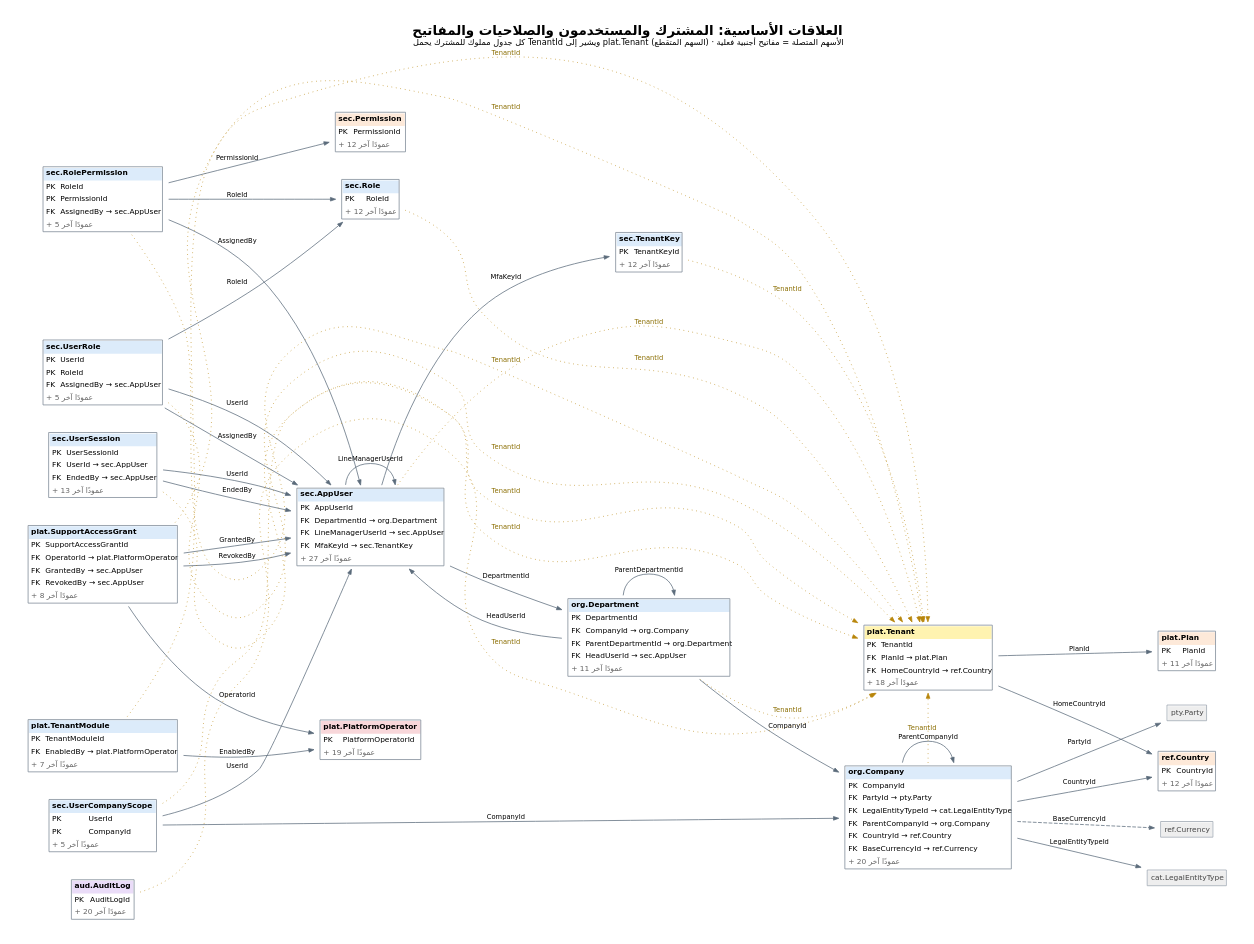
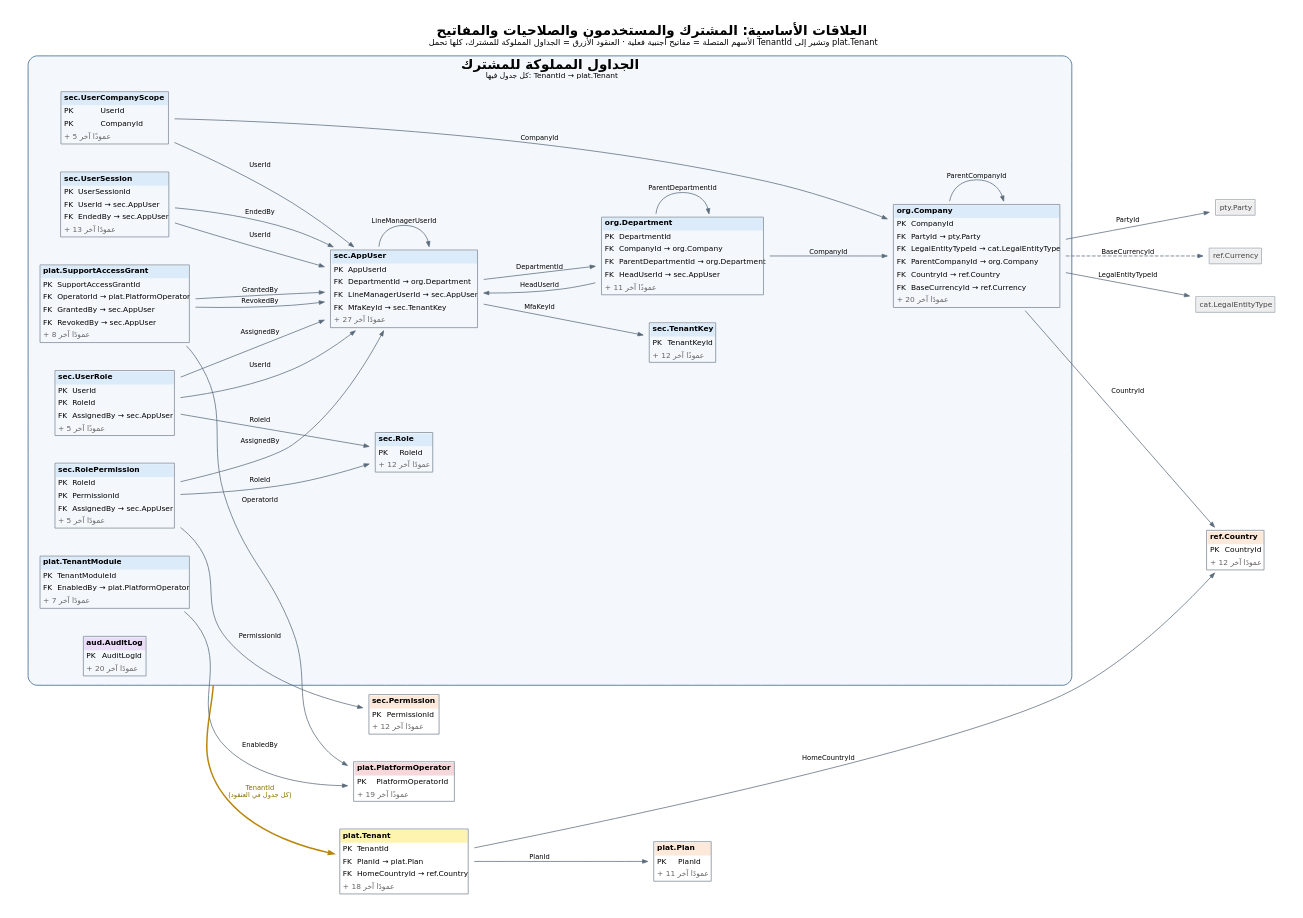
Before and after one commit to thawrasy/smartlines: the diagram in treasury-platform/docs/diagrams/src/erd_00_core_tenancy.dot, drawn with Graphviz. The commit also changed 4 other files, not shown here.

First line of the commit message:
Group tenant-owned tables in the core ERD and draw a single TenantId arrow to plat.Tenant

```diff
--- a/treasury-platform/docs/diagrams/src/erd_00_core_tenancy.dot
+++ b/treasury-platform/docs/diagrams/src/erd_00_core_tenancy.dot
@@ -1,23 +1,27 @@
 digraph G {
-  graph [fontname="DejaVu Sans", fontsize=18, label=<<B>العلاقات الأساسية: المشترك والمستخدمون والصلاحيات والمفاتيح</B><BR/><FONT POINT-SIZE="11">كل جدول مملوك للمشترك يحمل TenantId ويشير إلى plat.Tenant (السهم المتقطع) · الأسهم المتصلة = مفاتيح أجنبية فعلية</FONT>>, labelloc=t, rankdir=LR, nodesep=0.4, ranksep=1.2, pad=0.3, bgcolor="white", splines=true];
+  compound=true;
+  graph [fontname="DejaVu Sans", fontsize=18, label=<<B>العلاقات الأساسية: المشترك والمستخدمون والصلاحيات والمفاتيح</B><BR/><FONT POINT-SIZE="11">الأسهم المتصلة = مفاتيح أجنبية فعلية · العنقود الأزرق = الجداول المملوكة للمشترك، كلها تحمل TenantId وتشير إلى plat.Tenant</FONT>>, labelloc=t, rankdir=LR, nodesep=0.4, ranksep=1.2, pad=0.3, bgcolor="white", splines=true];
   node [shape=plaintext, fontname="DejaVu Sans", fontsize=10];
   edge [fontname="DejaVu Sans", fontsize=9, color="#5B6B7A", arrowsize=0.7];
+  subgraph cluster_owned {
+    label=<<B>الجداول المملوكة للمشترك</B><BR/><FONT POINT-SIZE="10">كل جدول فيها: TenantId → plat.Tenant</FONT>>; style="rounded,filled"; fillcolor="#F4F8FD"; color="#2B5C8A"; fontname="DejaVu Sans";
+    "plat.TenantModule" [label=<<TABLE BORDER="1" CELLBORDER="0" CELLSPACING="0" CELLPADDING="3" COLOR="#7A8794"><TR><TD BGCOLOR="#DCEBFA" ALIGN="LEFT" COLSPAN="2"><B>plat.TenantModule</B></TD></TR><TR><TD ALIGN="LEFT">PK</TD><TD ALIGN="LEFT">TenantModuleId</TD></TR><TR><TD ALIGN="LEFT">FK</TD><TD ALIGN="LEFT">EnabledBy → plat.PlatformOperator</TD></TR><TR><TD ALIGN="LEFT" COLSPAN="2"><FONT COLOR="#666666">+ 7 عمودًا آخر</FONT></TD></TR></TABLE>>];
+    "plat.SupportAccessGrant" [label=<<TABLE BORDER="1" CELLBORDER="0" CELLSPACING="0" CELLPADDING="3" COLOR="#7A8794"><TR><TD BGCOLOR="#DCEBFA" ALIGN="LEFT" COLSPAN="2"><B>plat.SupportAccessGrant</B></TD></TR><TR><TD ALIGN="LEFT">PK</TD><TD ALIGN="LEFT">SupportAccessGrantId</TD></TR><TR><TD ALIGN="LEFT">FK</TD><TD ALIGN="LEFT">OperatorId → plat.PlatformOperator</TD></TR><TR><TD ALIGN="LEFT">FK</TD><TD ALIGN="LEFT">GrantedBy → sec.AppUser</TD></TR><TR><TD ALIGN="LEFT">FK</TD><TD ALIGN="LEFT">RevokedBy → sec.AppUser</TD></TR><TR><TD ALIGN="LEFT" COLSPAN="2"><FONT COLOR="#666666">+ 8 عمودًا آخر</FONT></TD></TR></TABLE>>];
+    "sec.TenantKey" [label=<<TABLE BORDER="1" CELLBORDER="0" CELLSPACING="0" CELLPADDING="3" COLOR="#7A8794"><TR><TD BGCOLOR="#DCEBFA" ALIGN="LEFT" COLSPAN="2"><B>sec.TenantKey</B></TD></TR><TR><TD ALIGN="LEFT">PK</TD><TD ALIGN="LEFT">TenantKeyId</TD></TR><TR><TD ALIGN="LEFT" COLSPAN="2"><FONT COLOR="#666666">+ 12 عمودًا آخر</FONT></TD></TR></TABLE>>];
+    "sec.AppUser" [label=<<TABLE BORDER="1" CELLBORDER="0" CELLSPACING="0" CELLPADDING="3" COLOR="#7A8794"><TR><TD BGCOLOR="#DCEBFA" ALIGN="LEFT" COLSPAN="2"><B>sec.AppUser</B></TD></TR><TR><TD ALIGN="LEFT">PK</TD><TD ALIGN="LEFT">AppUserId</TD></TR><TR><TD ALIGN="LEFT">FK</TD><TD ALIGN="LEFT">DepartmentId → org.Department</TD></TR><TR><TD ALIGN="LEFT">FK</TD><TD ALIGN="LEFT">LineManagerUserId → sec.AppUser</TD></TR><TR><TD ALIGN="LEFT">FK</TD><TD ALIGN="LEFT">MfaKeyId → sec.TenantKey</TD></TR><TR><TD ALIGN="LEFT" COLSPAN="2"><FONT COLOR="#666666">+ 27 عمودًا آخر</FONT></TD></TR></TABLE>>];
+    "sec.Role" [label=<<TABLE BORDER="1" CELLBORDER="0" CELLSPACING="0" CELLPADDING="3" COLOR="#7A8794"><TR><TD BGCOLOR="#DCEBFA" ALIGN="LEFT" COLSPAN="2"><B>sec.Role</B></TD></TR><TR><TD ALIGN="LEFT">PK</TD><TD ALIGN="LEFT">RoleId</TD></TR><TR><TD ALIGN="LEFT" COLSPAN="2"><FONT COLOR="#666666">+ 12 عمودًا آخر</FONT></TD></TR></TABLE>>];
+    "sec.RolePermission" [label=<<TABLE BORDER="1" CELLBORDER="0" CELLSPACING="0" CELLPADDING="3" COLOR="#7A8794"><TR><TD BGCOLOR="#DCEBFA" ALIGN="LEFT" COLSPAN="2"><B>sec.RolePermission</B></TD></TR><TR><TD ALIGN="LEFT">PK</TD><TD ALIGN="LEFT">RoleId</TD></TR><TR><TD ALIGN="LEFT">PK</TD><TD ALIGN="LEFT">PermissionId</TD></TR><TR><TD ALIGN="LEFT">FK</TD><TD ALIGN="LEFT">AssignedBy → sec.AppUser</TD></TR><TR><TD ALIGN="LEFT" COLSPAN="2"><FONT COLOR="#666666">+ 5 عمودًا آخر</FONT></TD></TR></TABLE>>];
+    "sec.UserRole" [label=<<TABLE BORDER="1" CELLBORDER="0" CELLSPACING="0" CELLPADDING="3" COLOR="#7A8794"><TR><TD BGCOLOR="#DCEBFA" ALIGN="LEFT" COLSPAN="2"><B>sec.UserRole</B></TD></TR><TR><TD ALIGN="LEFT">PK</TD><TD ALIGN="LEFT">UserId</TD></TR><TR><TD ALIGN="LEFT">PK</TD><TD ALIGN="LEFT">RoleId</TD></TR><TR><TD ALIGN="LEFT">FK</TD><TD ALIGN="LEFT">AssignedBy → sec.AppUser</TD></TR><TR><TD ALIGN="LEFT" COLSPAN="2"><FONT COLOR="#666666">+ 5 عمودًا آخر</FONT></TD></TR></TABLE>>];
+    "sec.UserCompanyScope" [label=<<TABLE BORDER="1" CELLBORDER="0" CELLSPACING="0" CELLPADDING="3" COLOR="#7A8794"><TR><TD BGCOLOR="#DCEBFA" ALIGN="LEFT" COLSPAN="2"><B>sec.UserCompanyScope</B></TD></TR><TR><TD ALIGN="LEFT">PK</TD><TD ALIGN="LEFT">UserId</TD></TR><TR><TD ALIGN="LEFT">PK</TD><TD ALIGN="LEFT">CompanyId</TD></TR><TR><TD ALIGN="LEFT" COLSPAN="2"><FONT COLOR="#666666">+ 5 عمودًا آخر</FONT></TD></TR></TABLE>>];
+    "sec.UserSession" [label=<<TABLE BORDER="1" CELLBORDER="0" CELLSPACING="0" CELLPADDING="3" COLOR="#7A8794"><TR><TD BGCOLOR="#DCEBFA" ALIGN="LEFT" COLSPAN="2"><B>sec.UserSession</B></TD></TR><TR><TD ALIGN="LEFT">PK</TD><TD ALIGN="LEFT">UserSessionId</TD></TR><TR><TD ALIGN="LEFT">FK</TD><TD ALIGN="LEFT">UserId → sec.AppUser</TD></TR><TR><TD ALIGN="LEFT">FK</TD><TD ALIGN="LEFT">EndedBy → sec.AppUser</TD></TR><TR><TD ALIGN="LEFT" COLSPAN="2"><FONT COLOR="#666666">+ 13 عمودًا آخر</FONT></TD></TR></TABLE>>];
+    "org.Company" [label=<<TABLE BORDER="1" CELLBORDER="0" CELLSPACING="0" CELLPADDING="3" COLOR="#7A8794"><TR><TD BGCOLOR="#DCEBFA" ALIGN="LEFT" COLSPAN="2"><B>org.Company</B></TD></TR><TR><TD ALIGN="LEFT">PK</TD><TD ALIGN="LEFT">CompanyId</TD></TR><TR><TD ALIGN="LEFT">FK</TD><TD ALIGN="LEFT">PartyId → pty.Party</TD></TR><TR><TD ALIGN="LEFT">FK</TD><TD ALIGN="LEFT">LegalEntityTypeId → cat.LegalEntityType</TD></TR><TR><TD ALIGN="LEFT">FK</TD><TD ALIGN="LEFT">ParentCompanyId → org.Company</TD></TR><TR><TD ALIGN="LEFT">FK</TD><TD ALIGN="LEFT">CountryId → ref.Country</TD></TR><TR><TD ALIGN="LEFT">FK</TD><TD ALIGN="LEFT">BaseCurrencyId → ref.Currency</TD></TR><TR><TD ALIGN="LEFT" COLSPAN="2"><FONT COLOR="#666666">+ 20 عمودًا آخر</FONT></TD></TR></TABLE>>];
+    "org.Department" [label=<<TABLE BORDER="1" CELLBORDER="0" CELLSPACING="0" CELLPADDING="3" COLOR="#7A8794"><TR><TD BGCOLOR="#DCEBFA" ALIGN="LEFT" COLSPAN="2"><B>org.Department</B></TD></TR><TR><TD ALIGN="LEFT">PK</TD><TD ALIGN="LEFT">DepartmentId</TD></TR><TR><TD ALIGN="LEFT">FK</TD><TD ALIGN="LEFT">CompanyId → org.Company</TD></TR><TR><TD ALIGN="LEFT">FK</TD><TD ALIGN="LEFT">ParentDepartmentId → org.Department</TD></TR><TR><TD ALIGN="LEFT">FK</TD><TD ALIGN="LEFT">HeadUserId → sec.AppUser</TD></TR><TR><TD ALIGN="LEFT" COLSPAN="2"><FONT COLOR="#666666">+ 11 عمودًا آخر</FONT></TD></TR></TABLE>>];
+    "aud.AuditLog" [label=<<TABLE BORDER="1" CELLBORDER="0" CELLSPACING="0" CELLPADDING="3" COLOR="#7A8794"><TR><TD BGCOLOR="#EADCF8" ALIGN="LEFT" COLSPAN="2"><B>aud.AuditLog</B></TD></TR><TR><TD ALIGN="LEFT">PK</TD><TD ALIGN="LEFT">AuditLogId</TD></TR><TR><TD ALIGN="LEFT" COLSPAN="2"><FONT COLOR="#666666">+ 20 عمودًا آخر</FONT></TD></TR></TABLE>>];
+  }
   "plat.Tenant" [label=<<TABLE BORDER="1" CELLBORDER="0" CELLSPACING="0" CELLPADDING="3" COLOR="#7A8794"><TR><TD BGCOLOR="#FFF3B0" ALIGN="LEFT" COLSPAN="2"><B>plat.Tenant</B></TD></TR><TR><TD ALIGN="LEFT">PK</TD><TD ALIGN="LEFT">TenantId</TD></TR><TR><TD ALIGN="LEFT">FK</TD><TD ALIGN="LEFT">PlanId → plat.Plan</TD></TR><TR><TD ALIGN="LEFT">FK</TD><TD ALIGN="LEFT">HomeCountryId → ref.Country</TD></TR><TR><TD ALIGN="LEFT" COLSPAN="2"><FONT COLOR="#666666">+ 18 عمودًا آخر</FONT></TD></TR></TABLE>>];
   "plat.Plan" [label=<<TABLE BORDER="1" CELLBORDER="0" CELLSPACING="0" CELLPADDING="3" COLOR="#7A8794"><TR><TD BGCOLOR="#FDE9D9" ALIGN="LEFT" COLSPAN="2"><B>plat.Plan</B></TD></TR><TR><TD ALIGN="LEFT">PK</TD><TD ALIGN="LEFT">PlanId</TD></TR><TR><TD ALIGN="LEFT" COLSPAN="2"><FONT COLOR="#666666">+ 11 عمودًا آخر</FONT></TD></TR></TABLE>>];
-  "plat.TenantModule" [label=<<TABLE BORDER="1" CELLBORDER="0" CELLSPACING="0" CELLPADDING="3" COLOR="#7A8794"><TR><TD BGCOLOR="#DCEBFA" ALIGN="LEFT" COLSPAN="2"><B>plat.TenantModule</B></TD></TR><TR><TD ALIGN="LEFT">PK</TD><TD ALIGN="LEFT">TenantModuleId</TD></TR><TR><TD ALIGN="LEFT">FK</TD><TD ALIGN="LEFT">EnabledBy → plat.PlatformOperator</TD></TR><TR><TD ALIGN="LEFT" COLSPAN="2"><FONT COLOR="#666666">+ 7 عمودًا آخر</FONT></TD></TR></TABLE>>];
-  "plat.SupportAccessGrant" [label=<<TABLE BORDER="1" CELLBORDER="0" CELLSPACING="0" CELLPADDING="3" COLOR="#7A8794"><TR><TD BGCOLOR="#DCEBFA" ALIGN="LEFT" COLSPAN="2"><B>plat.SupportAccessGrant</B></TD></TR><TR><TD ALIGN="LEFT">PK</TD><TD ALIGN="LEFT">SupportAccessGrantId</TD></TR><TR><TD ALIGN="LEFT">FK</TD><TD ALIGN="LEFT">OperatorId → plat.PlatformOperator</TD></TR><TR><TD ALIGN="LEFT">FK</TD><TD ALIGN="LEFT">GrantedBy → sec.AppUser</TD></TR><TR><TD ALIGN="LEFT">FK</TD><TD ALIGN="LEFT">RevokedBy → sec.AppUser</TD></TR><TR><TD ALIGN="LEFT" COLSPAN="2"><FONT COLOR="#666666">+ 8 عمودًا آخر</FONT></TD></TR></TABLE>>];
   "plat.PlatformOperator" [label=<<TABLE BORDER="1" CELLBORDER="0" CELLSPACING="0" CELLPADDING="3" COLOR="#7A8794"><TR><TD BGCOLOR="#F8D7DA" ALIGN="LEFT" COLSPAN="2"><B>plat.PlatformOperator</B></TD></TR><TR><TD ALIGN="LEFT">PK</TD><TD ALIGN="LEFT">PlatformOperatorId</TD></TR><TR><TD ALIGN="LEFT" COLSPAN="2"><FONT COLOR="#666666">+ 19 عمودًا آخر</FONT></TD></TR></TABLE>>];
-  "sec.TenantKey" [label=<<TABLE BORDER="1" CELLBORDER="0" CELLSPACING="0" CELLPADDING="3" COLOR="#7A8794"><TR><TD BGCOLOR="#DCEBFA" ALIGN="LEFT" COLSPAN="2"><B>sec.TenantKey</B></TD></TR><TR><TD ALIGN="LEFT">PK</TD><TD ALIGN="LEFT">TenantKeyId</TD></TR><TR><TD ALIGN="LEFT" COLSPAN="2"><FONT COLOR="#666666">+ 12 عمودًا آخر</FONT></TD></TR></TABLE>>];
-  "sec.AppUser" [label=<<TABLE BORDER="1" CELLBORDER="0" CELLSPACING="0" CELLPADDING="3" COLOR="#7A8794"><TR><TD BGCOLOR="#DCEBFA" ALIGN="LEFT" COLSPAN="2"><B>sec.AppUser</B></TD></TR><TR><TD ALIGN="LEFT">PK</TD><TD ALIGN="LEFT">AppUserId</TD></TR><TR><TD ALIGN="LEFT">FK</TD><TD ALIGN="LEFT">DepartmentId → org.Department</TD></TR><TR><TD ALIGN="LEFT">FK</TD><TD ALIGN="LEFT">LineManagerUserId → sec.AppUser</TD></TR><TR><TD ALIGN="LEFT">FK</TD><TD ALIGN="LEFT">MfaKeyId → sec.TenantKey</TD></TR><TR><TD ALIGN="LEFT" COLSPAN="2"><FONT COLOR="#666666">+ 27 عمودًا آخر</FONT></TD></TR></TABLE>>];
-  "sec.Role" [label=<<TABLE BORDER="1" CELLBORDER="0" CELLSPACING="0" CELLPADDING="3" COLOR="#7A8794"><TR><TD BGCOLOR="#DCEBFA" ALIGN="LEFT" COLSPAN="2"><B>sec.Role</B></TD></TR><TR><TD ALIGN="LEFT">PK</TD><TD ALIGN="LEFT">RoleId</TD></TR><TR><TD ALIGN="LEFT" COLSPAN="2"><FONT COLOR="#666666">+ 12 عمودًا آخر</FONT></TD></TR></TABLE>>];
   "sec.Permission" [label=<<TABLE BORDER="1" CELLBORDER="0" CELLSPACING="0" CELLPADDING="3" COLOR="#7A8794"><TR><TD BGCOLOR="#FDE9D9" ALIGN="LEFT" COLSPAN="2"><B>sec.Permission</B></TD></TR><TR><TD ALIGN="LEFT">PK</TD><TD ALIGN="LEFT">PermissionId</TD></TR><TR><TD ALIGN="LEFT" COLSPAN="2"><FONT COLOR="#666666">+ 12 عمودًا آخر</FONT></TD></TR></TABLE>>];
-  "sec.RolePermission" [label=<<TABLE BORDER="1" CELLBORDER="0" CELLSPACING="0" CELLPADDING="3" COLOR="#7A8794"><TR><TD BGCOLOR="#DCEBFA" ALIGN="LEFT" COLSPAN="2"><B>sec.RolePermission</B></TD></TR><TR><TD ALIGN="LEFT">PK</TD><TD ALIGN="LEFT">RoleId</TD></TR><TR><TD ALIGN="LEFT">PK</TD><TD ALIGN="LEFT">PermissionId</TD></TR><TR><TD ALIGN="LEFT">FK</TD><TD ALIGN="LEFT">AssignedBy → sec.AppUser</TD></TR><TR><TD ALIGN="LEFT" COLSPAN="2"><FONT COLOR="#666666">+ 5 عمودًا آخر</FONT></TD></TR></TABLE>>];
-  "sec.UserRole" [label=<<TABLE BORDER="1" CELLBORDER="0" CELLSPACING="0" CELLPADDING="3" COLOR="#7A8794"><TR><TD BGCOLOR="#DCEBFA" ALIGN="LEFT" COLSPAN="2"><B>sec.UserRole</B></TD></TR><TR><TD ALIGN="LEFT">PK</TD><TD ALIGN="LEFT">UserId</TD></TR><TR><TD ALIGN="LEFT">PK</TD><TD ALIGN="LEFT">RoleId</TD></TR><TR><TD ALIGN="LEFT">FK</TD><TD ALIGN="LEFT">AssignedBy → sec.AppUser</TD></TR><TR><TD ALIGN="LEFT" COLSPAN="2"><FONT COLOR="#666666">+ 5 عمودًا آخر</FONT></TD></TR></TABLE>>];
-  "sec.UserCompanyScope" [label=<<TABLE BORDER="1" CELLBORDER="0" CELLSPACING="0" CELLPADDING="3" COLOR="#7A8794"><TR><TD BGCOLOR="#DCEBFA" ALIGN="LEFT" COLSPAN="2"><B>sec.UserCompanyScope</B></TD></TR><TR><TD ALIGN="LEFT">PK</TD><TD ALIGN="LEFT">UserId</TD></TR><TR><TD ALIGN="LEFT">PK</TD><TD ALIGN="LEFT">CompanyId</TD></TR><TR><TD ALIGN="LEFT" COLSPAN="2"><FONT COLOR="#666666">+ 5 عمودًا آخر</FONT></TD></TR></TABLE>>];
-  "sec.UserSession" [label=<<TABLE BORDER="1" CELLBORDER="0" CELLSPACING="0" CELLPADDING="3" COLOR="#7A8794"><TR><TD BGCOLOR="#DCEBFA" ALIGN="LEFT" COLSPAN="2"><B>sec.UserSession</B></TD></TR><TR><TD ALIGN="LEFT">PK</TD><TD ALIGN="LEFT">UserSessionId</TD></TR><TR><TD ALIGN="LEFT">FK</TD><TD ALIGN="LEFT">UserId → sec.AppUser</TD></TR><TR><TD ALIGN="LEFT">FK</TD><TD ALIGN="LEFT">EndedBy → sec.AppUser</TD></TR><TR><TD ALIGN="LEFT" COLSPAN="2"><FONT COLOR="#666666">+ 13 عمودًا آخر</FONT></TD></TR></TABLE>>];
-  "org.Company" [label=<<TABLE BORDER="1" CELLBORDER="0" CELLSPACING="0" CELLPADDING="3" COLOR="#7A8794"><TR><TD BGCOLOR="#DCEBFA" ALIGN="LEFT" COLSPAN="2"><B>org.Company</B></TD></TR><TR><TD ALIGN="LEFT">PK</TD><TD ALIGN="LEFT">CompanyId</TD></TR><TR><TD ALIGN="LEFT">FK</TD><TD ALIGN="LEFT">PartyId → pty.Party</TD></TR><TR><TD ALIGN="LEFT">FK</TD><TD ALIGN="LEFT">LegalEntityTypeId → cat.LegalEntityType</TD></TR><TR><TD ALIGN="LEFT">FK</TD><TD ALIGN="LEFT">ParentCompanyId → org.Company</TD></TR><TR><TD ALIGN="LEFT">FK</TD><TD ALIGN="LEFT">CountryId → ref.Country</TD></TR><TR><TD ALIGN="LEFT">FK</TD><TD ALIGN="LEFT">BaseCurrencyId → ref.Currency</TD></TR><TR><TD ALIGN="LEFT" COLSPAN="2"><FONT COLOR="#666666">+ 20 عمودًا آخر</FONT></TD></TR></TABLE>>];
-  "org.Department" [label=<<TABLE BORDER="1" CELLBORDER="0" CELLSPACING="0" CELLPADDING="3" COLOR="#7A8794"><TR><TD BGCOLOR="#DCEBFA" ALIGN="LEFT" COLSPAN="2"><B>org.Department</B></TD></TR><TR><TD ALIGN="LEFT">PK</TD><TD ALIGN="LEFT">DepartmentId</TD></TR><TR><TD ALIGN="LEFT">FK</TD><TD ALIGN="LEFT">CompanyId → org.Company</TD></TR><TR><TD ALIGN="LEFT">FK</TD><TD ALIGN="LEFT">ParentDepartmentId → org.Department</TD></TR><TR><TD ALIGN="LEFT">FK</TD><TD ALIGN="LEFT">HeadUserId → sec.AppUser</TD></TR><TR><TD ALIGN="LEFT" COLSPAN="2"><FONT COLOR="#666666">+ 11 عمودًا آخر</FONT></TD></TR></TABLE>>];
-  "aud.AuditLog" [label=<<TABLE BORDER="1" CELLBORDER="0" CELLSPACING="0" CELLPADDING="3" COLOR="#7A8794"><TR><TD BGCOLOR="#EADCF8" ALIGN="LEFT" COLSPAN="2"><B>aud.AuditLog</B></TD></TR><TR><TD ALIGN="LEFT">PK</TD><TD ALIGN="LEFT">AuditLogId</TD></TR><TR><TD ALIGN="LEFT" COLSPAN="2"><FONT COLOR="#666666">+ 20 عمودًا آخر</FONT></TD></TR></TABLE>>];
   "ref.Country" [label=<<TABLE BORDER="1" CELLBORDER="0" CELLSPACING="0" CELLPADDING="3" COLOR="#7A8794"><TR><TD BGCOLOR="#FDE9D9" ALIGN="LEFT" COLSPAN="2"><B>ref.Country</B></TD></TR><TR><TD ALIGN="LEFT">PK</TD><TD ALIGN="LEFT">CountryId</TD></TR><TR><TD ALIGN="LEFT" COLSPAN="2"><FONT COLOR="#666666">+ 12 عمودًا آخر</FONT></TD></TR></TABLE>>];
   "cat.LegalEntityType" [label=<<TABLE BORDER="1" CELLBORDER="0" CELLSPACING="0" CELLPADDING="4" COLOR="#9AA3AD"><TR><TD BGCOLOR="#EEEEEE"><FONT COLOR="#444444">cat.LegalEntityType</FONT></TD></TR></TABLE>>];
   "pty.Party" [label=<<TABLE BORDER="1" CELLBORDER="0" CELLSPACING="0" CELLPADDING="4" COLOR="#9AA3AD"><TR><TD BGCOLOR="#EEEEEE"><FONT COLOR="#444444">pty.Party</FONT></TD></TR></TABLE>>];
@@ -49,16 +53,5 @@
   "sec.UserRole" -> "sec.Role" [label="RoleId", style=solid];
   "sec.UserSession" -> "sec.AppUser" [label="EndedBy", style=solid];
   "sec.UserSession" -> "sec.AppUser" [label="UserId", style=solid];
-  "plat.TenantModule" -> "plat.Tenant" [label="TenantId", style=dotted, color="#B8860B", fontcolor="#8A6D00", constraint=false];
-  "plat.SupportAccessGrant" -> "plat.Tenant" [label="TenantId", style=dotted, color="#B8860B", fontcolor="#8A6D00", constraint=false];
-  "sec.TenantKey" -> "plat.Tenant" [label="TenantId", style=dotted, color="#B8860B", fontcolor="#8A6D00", constraint=false];
-  "sec.AppUser" -> "plat.Tenant" [label="TenantId", style=dotted, color="#B8860B", fontcolor="#8A6D00", constraint=false];
-  "sec.Role" -> "plat.Tenant" [label="TenantId", style=dotted, color="#B8860B", fontcolor="#8A6D00", constraint=false];
-  "sec.RolePermission" -> "plat.Tenant" [label="TenantId", style=dotted, color="#B8860B", fontcolor="#8A6D00", constraint=false];
-  "sec.UserRole" -> "plat.Tenant" [label="TenantId", style=dotted, color="#B8860B", fontcolor="#8A6D00", constraint=false];
-  "sec.UserCompanyScope" -> "plat.Tenant" [label="TenantId", style=dotted, color="#B8860B", fontcolor="#8A6D00", constraint=false];
-  "sec.UserSession" -> "plat.Tenant" [label="TenantId", style=dotted, color="#B8860B", fontcolor="#8A6D00", constraint=false];
-  "org.Company" -> "plat.Tenant" [label="TenantId", style=dotted, color="#B8860B", fontcolor="#8A6D00", constraint=false];
-  "org.Department" -> "plat.Tenant" [label="TenantId", style=dotted, color="#B8860B", fontcolor="#8A6D00", constraint=false];
-  "aud.AuditLog" -> "plat.Tenant" [label="TenantId", style=dotted, color="#B8860B", fontcolor="#8A6D00", constraint=false];
+  "plat.TenantModule" -> "plat.Tenant" [ltail=cluster_owned, label="TenantId\n(كل جدول في العنقود)", style=bold, color="#B8860B", fontcolor="#8A6D00", penwidth=2];
 }
```
